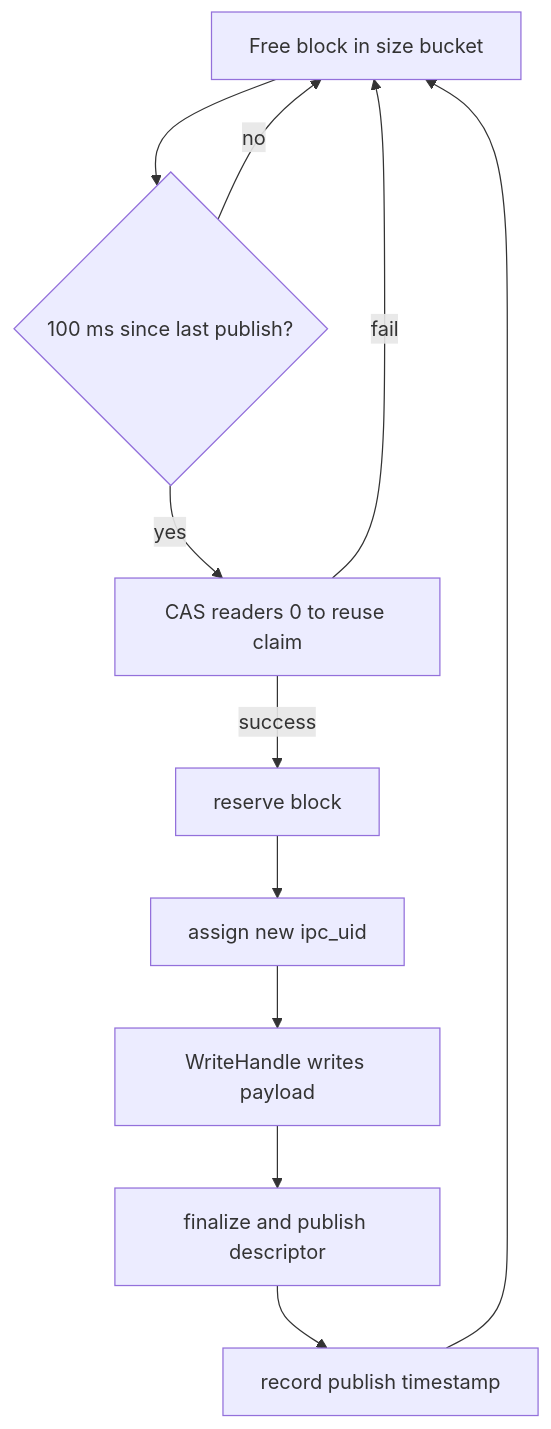
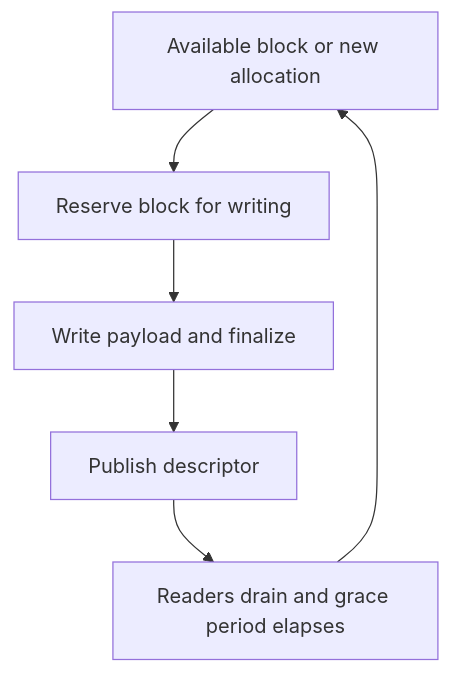
Before and after one commit to dskkato/memfd_buffer_backend: the fourth of 5 diagrams in docs/memfd_buffer_backend_design.md, drawn with Mermaid. The commit also changed other lines of this file and 2 other files, not shown here.

Commit message:
Update IPC UID handling in MemfdMemoryPool and related tests for consistency

````diff
--- a/docs/memfd_buffer_backend_design.md
+++ b/docs/memfd_buffer_backend_design.md
@@ -261,13 +260,8 @@
 ```mermaid
 flowchart TD
-  A["Free block in size bucket"] --> B{"100 ms since last publish?"}
-  B -->|no| A
-  B -->|yes| C["CAS readers 0 to reuse claim"]
-  C -->|fail| A
-  C -->|success| D["reserve block"]
-  D --> E["assign new ipc_uid"]
-  E --> F["WriteHandle writes payload"]
-  F --> G["finalize and publish descriptor"]
-  G --> H["record publish timestamp"]
-  H --> A
+  A["Available block or new allocation"] --> B["Reserve block for writing"]
+  B --> C["Write payload and finalize"]
+  C --> D["Publish descriptor"]
+  D --> E["Readers drain and grace period elapses"]
+  E --> A
 ```
````
